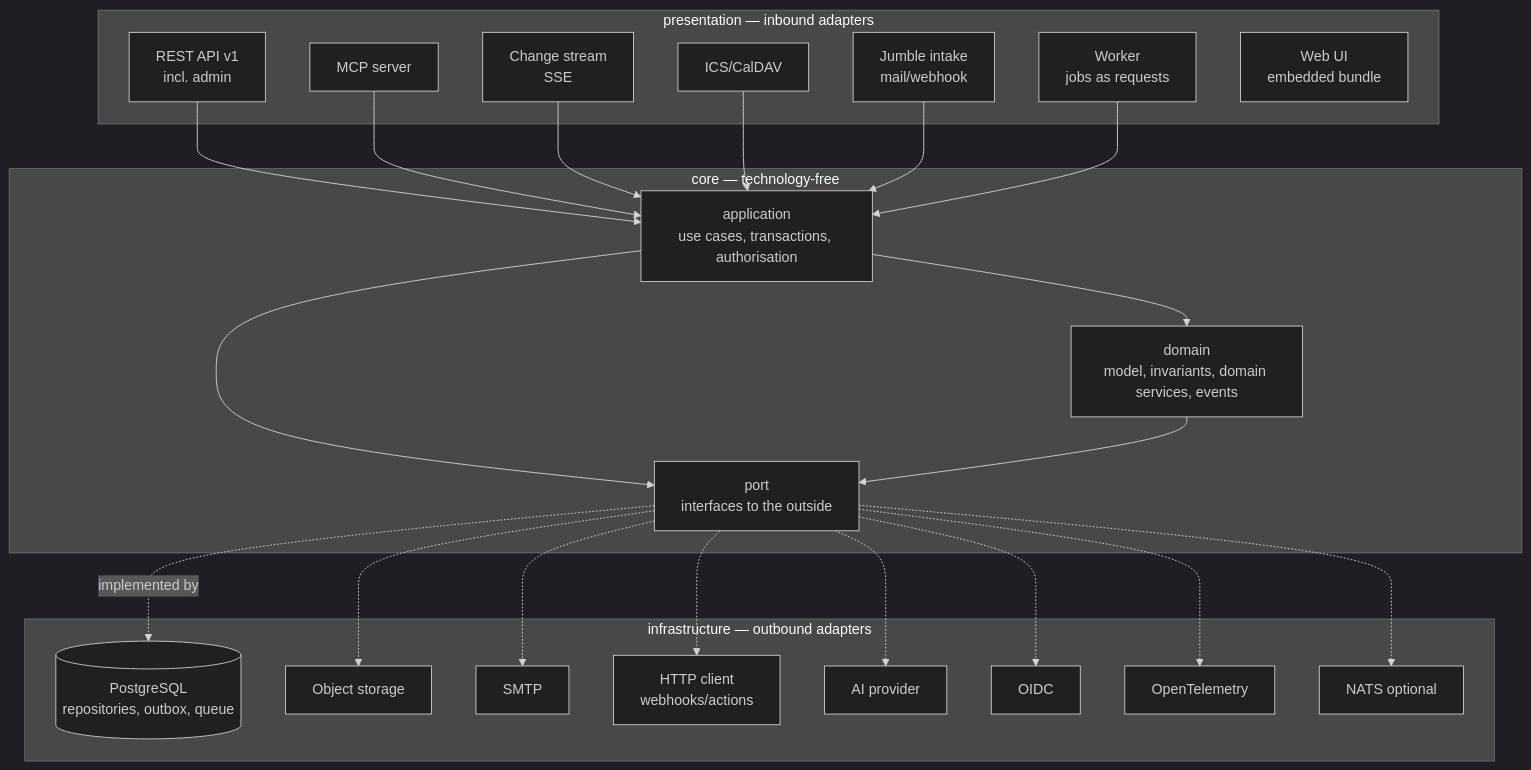
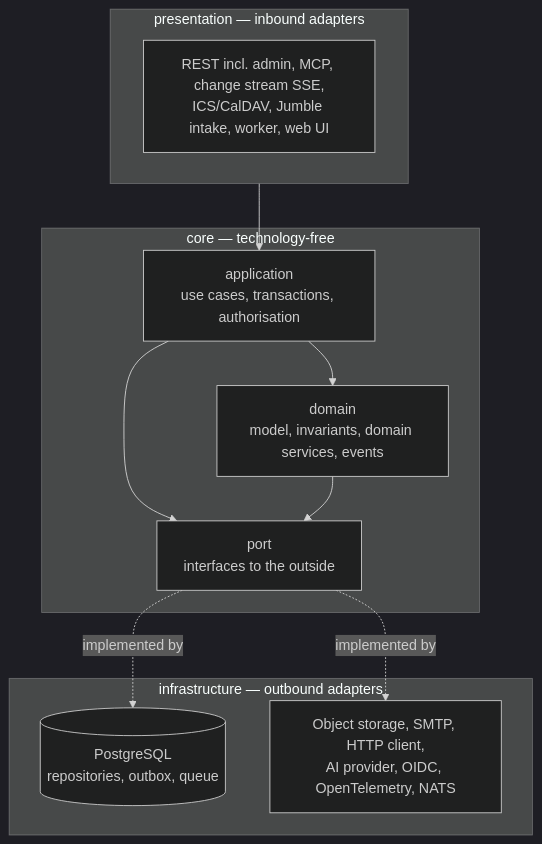
Before and after one commit to Jersyfi/hubtask: the second of 3 diagrams in docs/architecture/arc42.md, drawn with Mermaid (dark theme). The commit also changed other lines of this file, not shown here.

First line of the commit message:
docs(architecture): arc42.md is the frame and links the concepts

````diff
--- a/docs/architecture/arc42.md
+++ b/docs/architecture/arc42.md
@@ -268,47 +244,24 @@
 ```mermaid
 graph TB
   subgraph P[presentation — inbound adapters]
-    REST[REST API v1<br/>incl. admin]
-    MCP[MCP server]
-    STREAM[Change stream<br/>SSE]
-    ICS[ICS/CalDAV]
-    INTAKE[Jumble intake<br/>mail/webhook]
-    WORKER[Worker<br/>jobs as requests]
-    WEBUI[Web UI<br/>embedded bundle]
+    IN[REST incl. admin, MCP, change stream SSE,<br/>ICS/CalDAV, Jumble intake, worker, web UI]
   end
 
   subgraph CORE[core — technology-free]
     APP[application<br/>use cases, transactions, authorisation]
     DOM[domain<br/>model, invariants, domain services, events]
     PORTS[port<br/>interfaces to the outside]
   end
 
   subgraph INF[infrastructure — outbound adapters]
     PG[(PostgreSQL<br/>repositories, outbox, queue)]
-    OBJ[Object storage]
-    MAILA[SMTP]
-    HTTPA[HTTP client<br/>webhooks/actions]
-    AIA[AI provider]
-    IDPA[OIDC]
-    OTEL[OpenTelemetry]
-    BUS[NATS optional]
+    OTHER[Object storage, SMTP, HTTP client,<br/>AI provider, OIDC, OpenTelemetry, NATS]
   end
 
-  REST --> APP
-  MCP --> APP
-  STREAM --> APP
-  ICS --> APP
-  INTAKE --> APP
-  WORKER --> APP
+  P --> APP
   APP --> DOM
   APP --> PORTS
   DOM --> PORTS
   PORTS -.implemented by.-> PG
-  PORTS -.-> OBJ
-  PORTS -.-> MAILA
-  PORTS -.-> HTTPA
-  PORTS -.-> AIA
-  PORTS -.-> IDPA
-  PORTS -.-> OTEL
-  PORTS -.-> BUS
+  PORTS -.implemented by.-> OTHER
 ```
````
